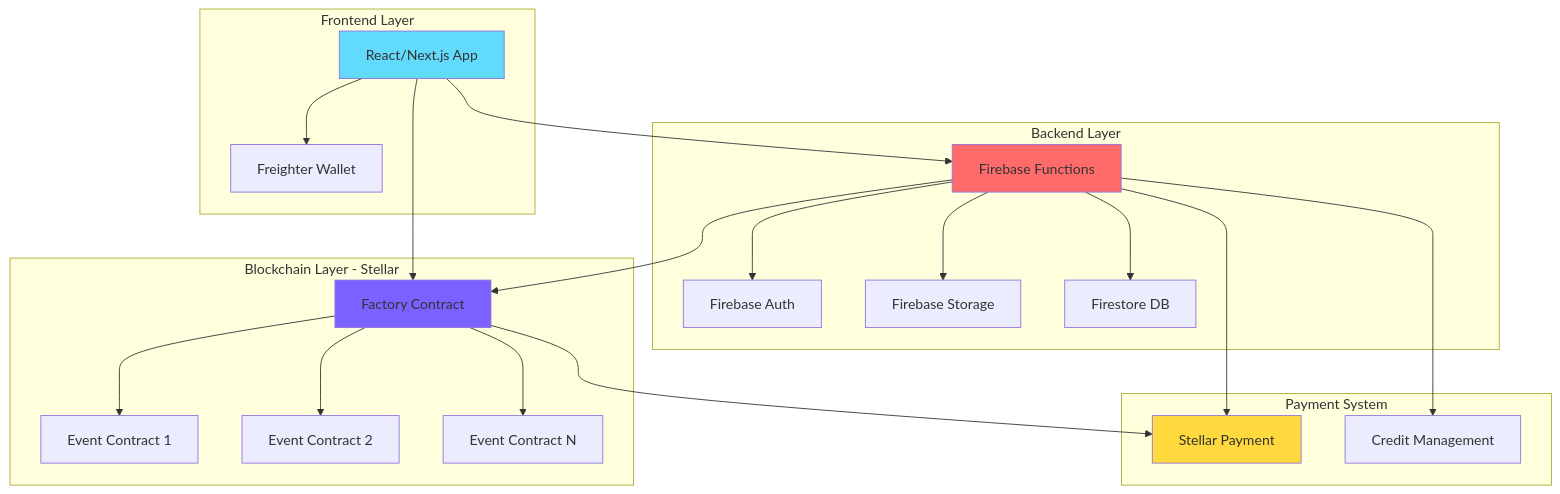
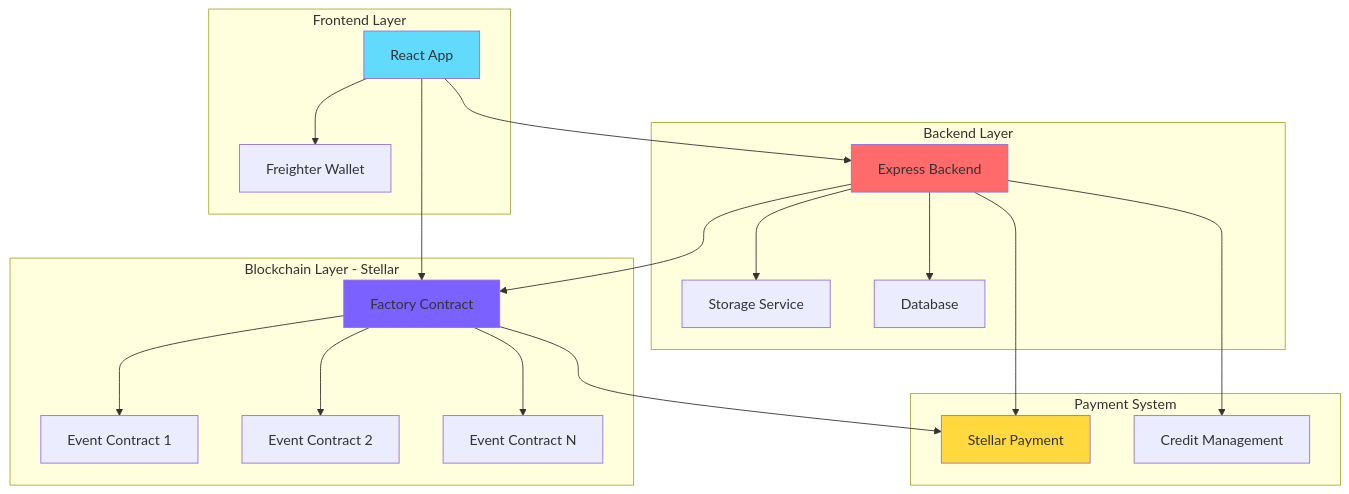
One commit to mesas01/hackatonArgentinaNov changed the first of 10 diagrams in README.md. Above: the diagram before and after it, drawn with Mermaid. The commit also changed other lines of this file and 66 other files, not shown here.

````diff
--- a/README.md
+++ b/README.md
@@ -93,45 +94,43 @@
 ```mermaid
 graph TB
     subgraph "Frontend Layer"
-        UI[React/Next.js App]
+        UI[React App]
         Wallet[Freighter Wallet]
         UI --> Wallet
     end
 
     subgraph "Backend Layer"
-        Backend[Firebase Functions]
-        Auth[Firebase Auth]
-        Storage[Firebase Storage]
-        Firestore[Firestore DB]
-        Backend --> Auth
+        Backend[Express Backend]
+        Storage[Storage Service]
+        DB[Database]
         Backend --> Storage
-        Backend --> Firestore
+        Backend --> DB
     end
 
     subgraph "Blockchain Layer - Stellar"
         Factory[Factory Contract]
         Event1[Event Contract 1]
         Event2[Event Contract 2]
         EventN[Event Contract N]
         Factory --> Event1
         Factory --> Event2
         Factory --> EventN
     end
 
     subgraph "Payment System"
         Payment[Stellar Payment]
         Credits[Credit Management]
         Backend --> Payment
         Backend --> Credits
     end
 
     UI --> Backend
     UI --> Factory
     Backend --> Factory
     Factory --> Payment
 
     style UI fill:#61dafb
     style Factory fill:#7b61ff
     style Backend fill:#ff6b6b
     style Payment fill:#ffd93d
 ```
````
